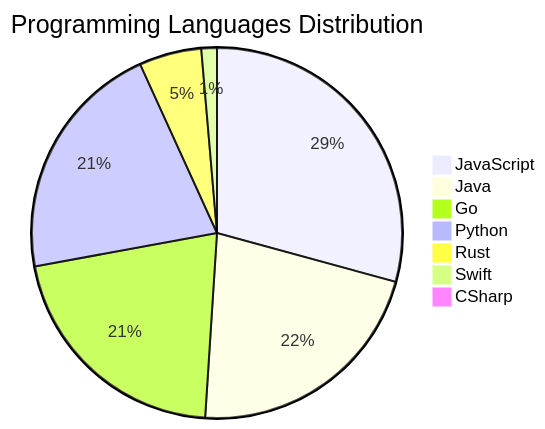
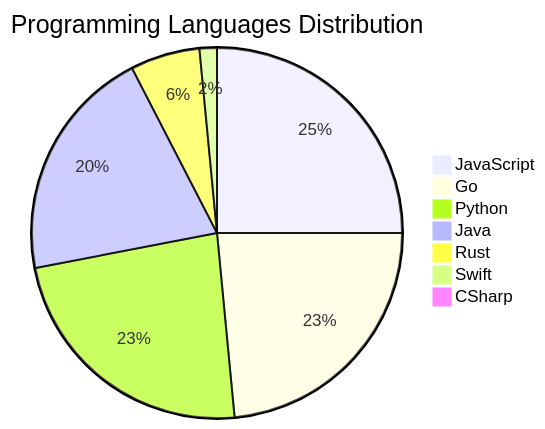
The diagram in README.md (Derrick-MUGISHA/github-activity-bot), drawn with Mermaid before and after one commit. The commit also changed other lines of this file and 4 other files, not shown here.

````diff
--- a/README.md
+++ b/README.md
@@ -207,10 +207,10 @@
 ```mermaid
 pie title Programming Languages Distribution
-    "JavaScript" : 43
-    "Java" : 32
+    "JavaScript" : 33
     "Go" : 31
     "Python" : 31
+    "Java" : 27
     "Rust" : 8
     "Swift" : 2
     "CSharp" : 1
 ```
````
